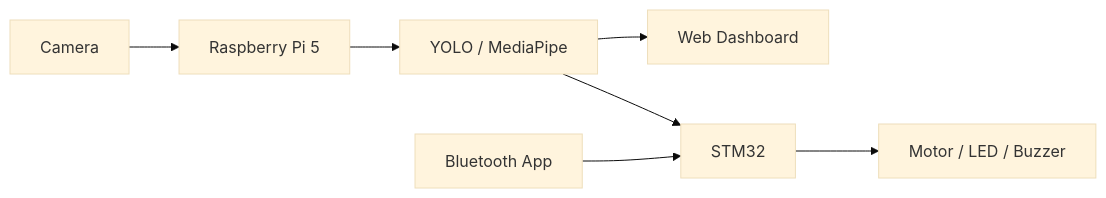
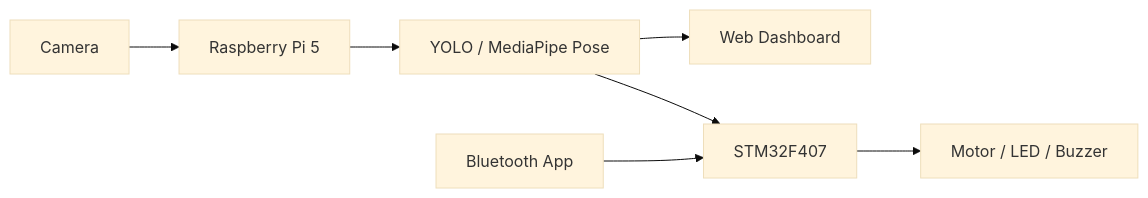
One commit to SJ00-03/realtime-action-response-robot changed the diagram in README.md. Above: the diagram before and after it, drawn with Mermaid (base theme). The commit also changed other lines of this file and 1 other file, not shown here.

````diff
--- a/README.md
+++ b/README.md
@@ -61,9 +63,9 @@
 ```mermaid
 flowchart LR
     A[Camera] --> B[Raspberry Pi 5]
-    B --> C[YOLO / MediaPipe]
+    B --> C[YOLO / MediaPipe Pose]
     C --> D[Web Dashboard]
-    C --> E[STM32]
+    C --> E[STM32F407]
     E --> F[Motor / LED / Buzzer]
     G[Bluetooth App] --> E
 ```
````
